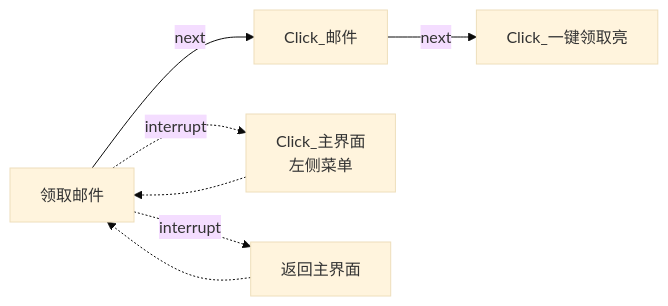
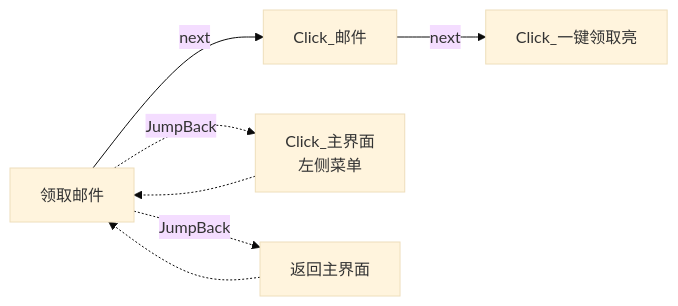
One commit to Coxwtwo/MaaTOT changed the sixth of 40 diagrams in docs/zh_cn/develop/Pipeline说明.md. Above: the diagram before and after it, drawn with Mermaid (base theme). The commit also changed other lines of this file, not shown here.

Commit message:
docs: 完善 Pipeline 说明，新增未名市移动、未名市周任务文档，interrupt→JumpBack(MaaFramework v5.1 起已废弃 interrupt 字段）

````diff
--- a/docs/zh_cn/develop/Pipeline说明.md
+++ b/docs/zh_cn/develop/Pipeline说明.md
@@ -169,9 +169,9 @@
 ```mermaid
 flowchart LR
     n0["领取邮件"] -->|next| n1["Click_邮件"]
-    n0["领取邮件"] -.->|interrupt| n2["Click_主界面<br>左侧菜单"]
+    n0["领取邮件"] -.->|JumpBack| n2["Click_主界面<br>左侧菜单"]
     n2 -.-> n0
-    n0["领取邮件"] -.->|interrupt| n3["返回主界面"]
+    n0["领取邮件"] -.->|JumpBack| n3["返回主界面"]
     n3 -.-> n0
     n1["Click_邮件"] -->|next| n4["Click_一键领取亮"]
 ```
````
